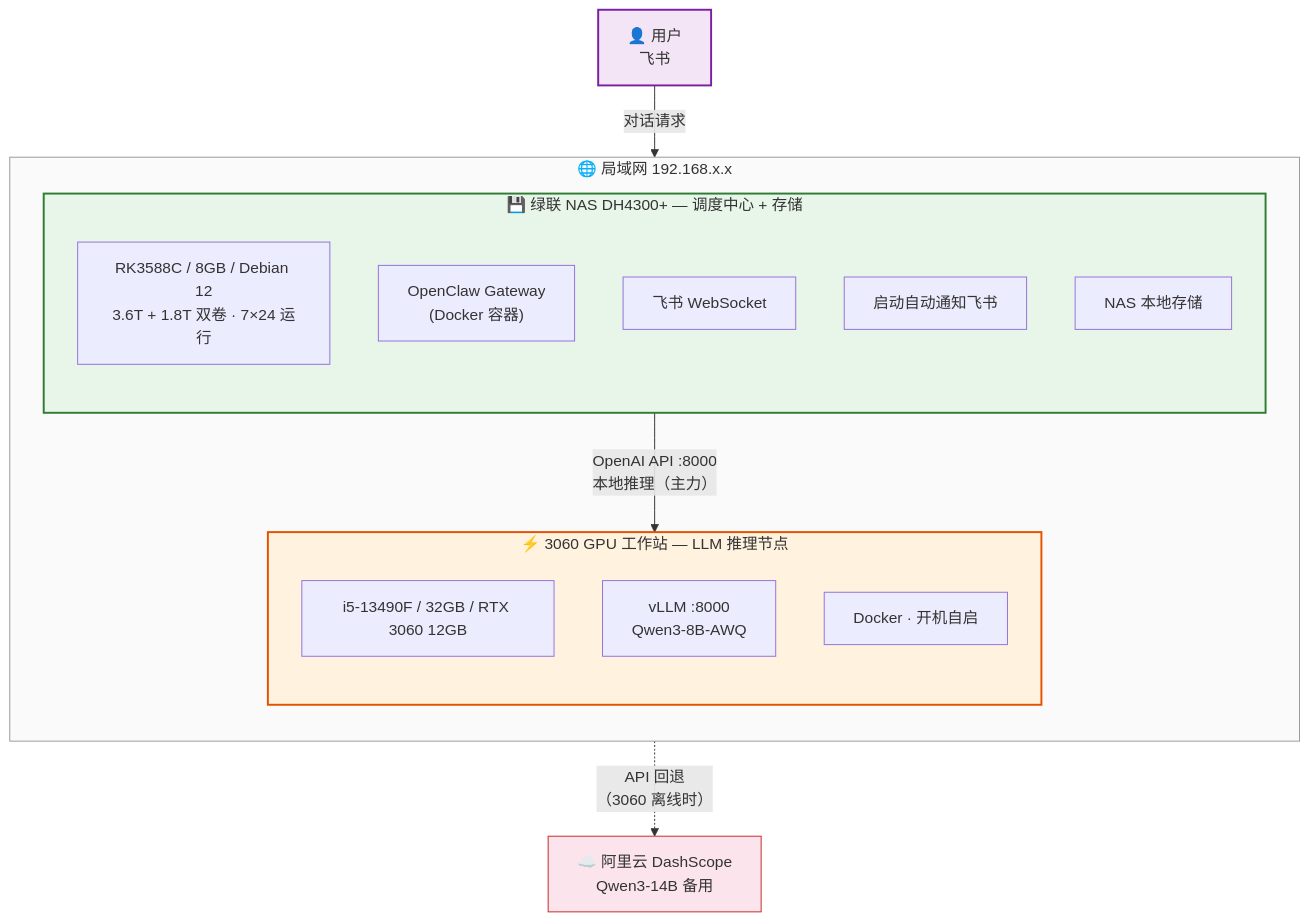
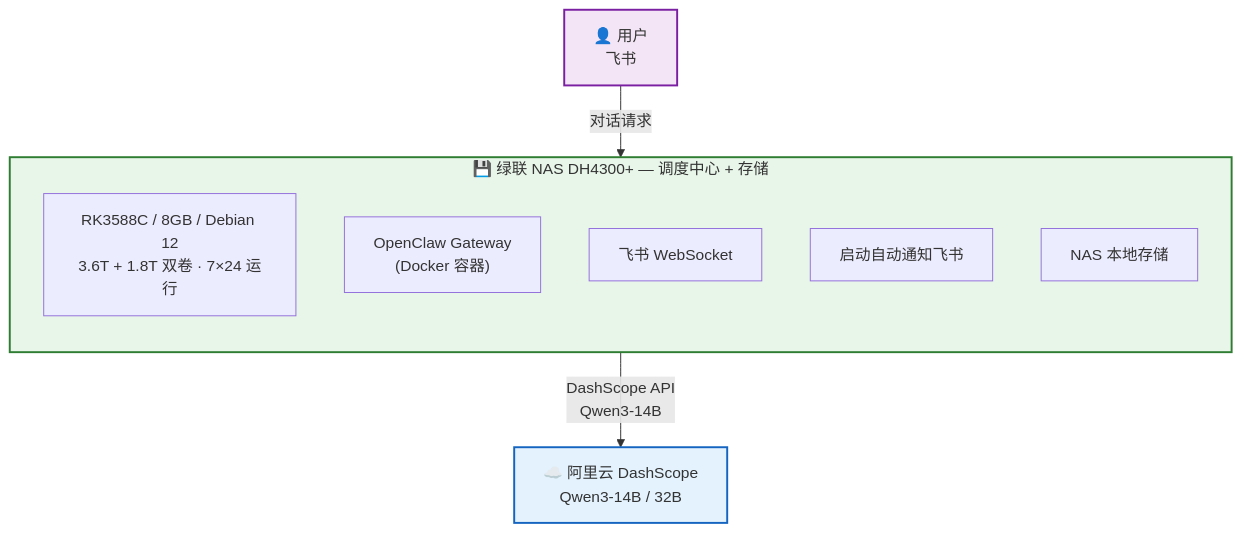
Before and after one commit to chenweidu666/OpenClaw-Private-AI: the first of 2 diagrams in README.md, drawn with Mermaid. The commit also changed other lines of this file and 2 other files, not shown here.

First line of the commit message:
docs: 添加 OpenClaw 优缺点评估 + Token 成本分析，记录暂停决定

````diff
--- a/README.md
+++ b/README.md
@@ -27,32 +29,18 @@
 ```mermaid
 graph TB
-    subgraph LAN["🌐 局域网 192.168.x.x"]
+    subgraph NAS["💾 绿联 NAS DH4300+ — 调度中心 + 存储"]
         direction TB
-
-        subgraph NAS["💾 绿联 NAS DH4300+ — 调度中心 + 存储"]
-            direction TB
-            N_HW["RK3588C / 8GB / Debian 12<br/>3.6T + 1.8T 双卷 · 7×24 运行"]
-            N1["OpenClaw Gateway<br/>(Docker 容器)"]
-            N4["飞书 WebSocket"]
-            N_NOTIFY["启动自动通知飞书"]
-            N5["NAS 本地存储"]
-        end
-
-        subgraph GPU["⚡ 3060 GPU 工作站 — LLM 推理节点"]
-            direction TB
-            G_HW["i5-13490F / 32GB / RTX 3060 12GB"]
-            G1["vLLM :8000<br/>Qwen3-8B-AWQ"]
-            G4["Docker · 开机自启"]
-        end
+        N_HW["RK3588C / 8GB / Debian 12<br/>3.6T + 1.8T 双卷 · 7×24 运行"]
+        N1["OpenClaw Gateway<br/>(Docker 容器)"]
+        N4["飞书 WebSocket"]
+        N_NOTIFY["启动自动通知飞书"]
+        N5["NAS 本地存储"]
     end
 
     USER["👤 用户<br/>飞书"] -->|"对话请求"| N4
-    N1 -->|"OpenAI API :8000<br/>本地推理（主力）"| G1
-    N1 -.->|"API 回退<br/>（3060 离线时）"| CLOUD["☁️ 阿里云 DashScope<br/>Qwen3-14B 备用"]
+    N1 -->|"DashScope API<br/>Qwen3-14B"| CLOUD["☁️ 阿里云 DashScope<br/>Qwen3-14B / 32B"]
 
     style NAS fill:#e8f5e9,stroke:#2e7d32,stroke-width:2px
-    style GPU fill:#fff3e0,stroke:#e65100,stroke-width:2px
-    style LAN fill:#fafafa,stroke:#999,stroke-width:1px
     style USER fill:#f3e5f5,stroke:#7b1fa2,stroke-width:2px
-    style CLOUD fill:#fce4ec,stroke:#c62828,stroke-width:1px
+    style CLOUD fill:#e3f2fd,stroke:#1565c0,stroke-width:2px
 ```
````
